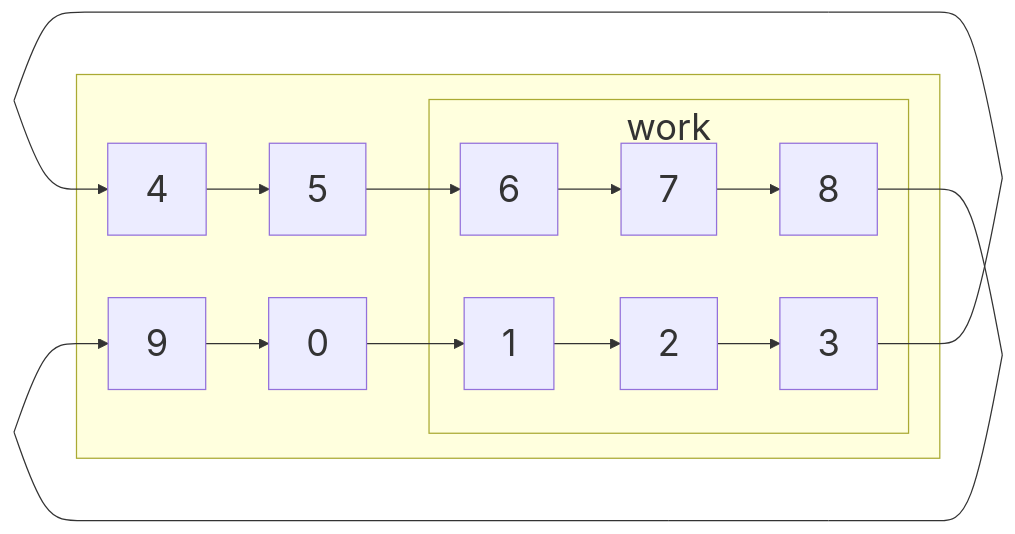
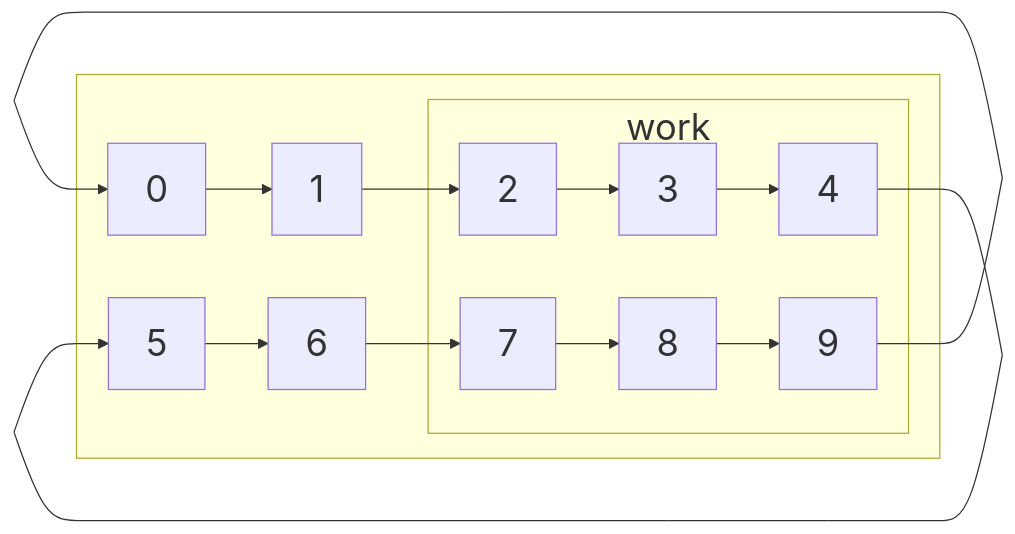
The sixth of 8 diagrams in dec/date/index.qmd (maptv/maptv.github.io), drawn with Mermaid before and after one commit. The commit also changed other lines of this file and 6 other files, not shown here.

Commit message:
Changed files: asset/dark.scss asset/light.scss asset/style.css dec/date/_calplots.qmd dec/date/_index.qmd dec/date/index.qmd git/index_files/figure-commonmark/mermaid-figure-2.png

````diff
--- a/dec/date/index.qmd
+++ b/dec/date/index.qmd
@@ -244,28 +300,28 @@
 ```{mermaid}
 %%{init: {'theme': 'default', 'themeVariables': { 'fontSize': '29px'}}}%%
 flowchart LR
   M[ ]:::empty----N[ ]:::empty
   W---M
   N---O[ ]:::empty
   Q[ ]:::empty---L
-  W[ ]:::empty-->A[4]-->B[5]-->C[6]-->D[7]-->E[8]---L[ ]:::empty
-  Y[ ]:::empty-->F[9]-->G[0]-->H[1]-->I[2]-->J[3]---O[ ]:::empty
+  W[ ]:::empty-->A[0]-->B[1]-->C[2]-->D[3]-->E[4]---L[ ]:::empty
+  Y[ ]:::empty-->F[5]-->G[6]-->H[7]-->I[8]-->J[9]---O[ ]:::empty
   P[ ]:::empty---Q
   Y---P
   subgraph workdays[work]
   C
   D
   E
   H
   I
   J
   end
   subgraph restdays[ ]
   A
   B
   F
   G
   workdays
   end
   classDef empty width:0px;
 ```
````
